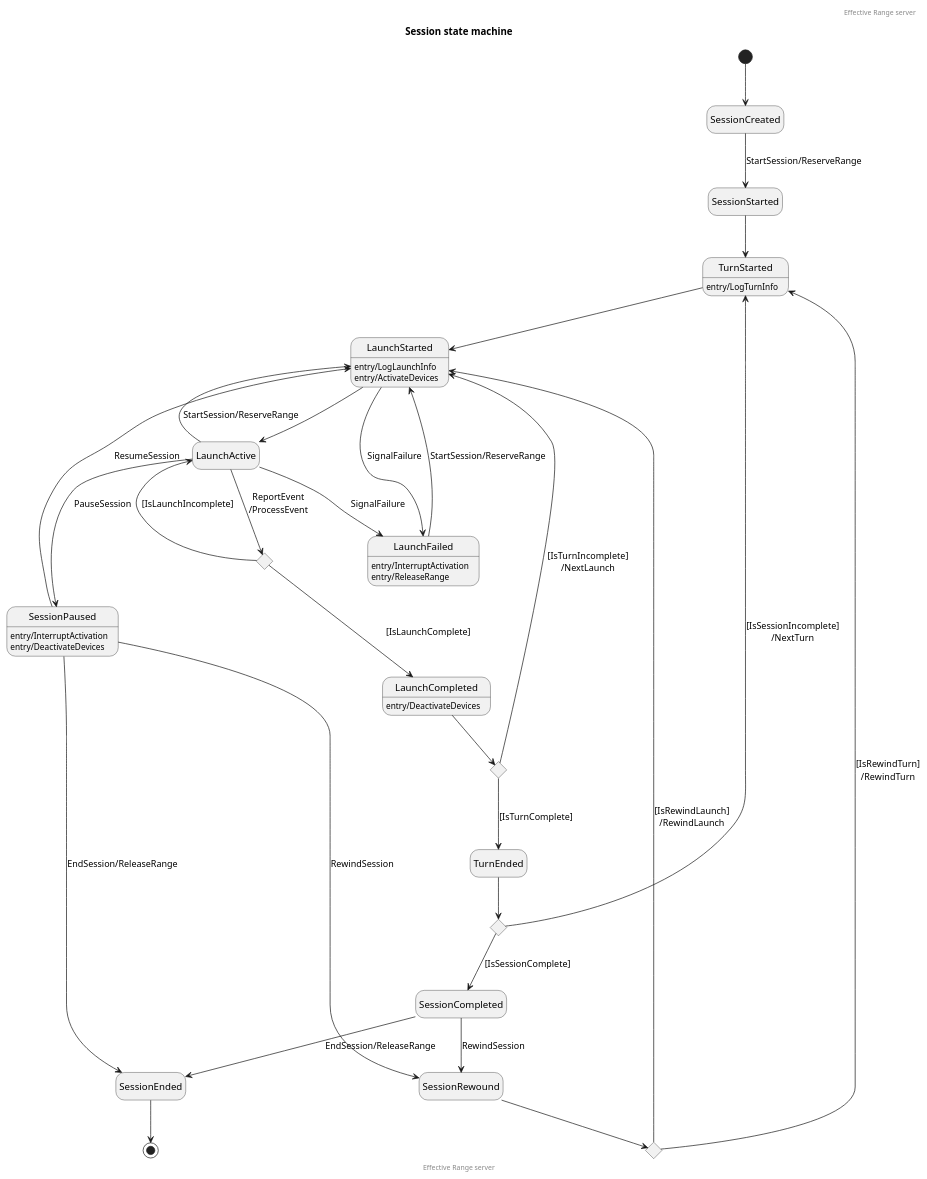
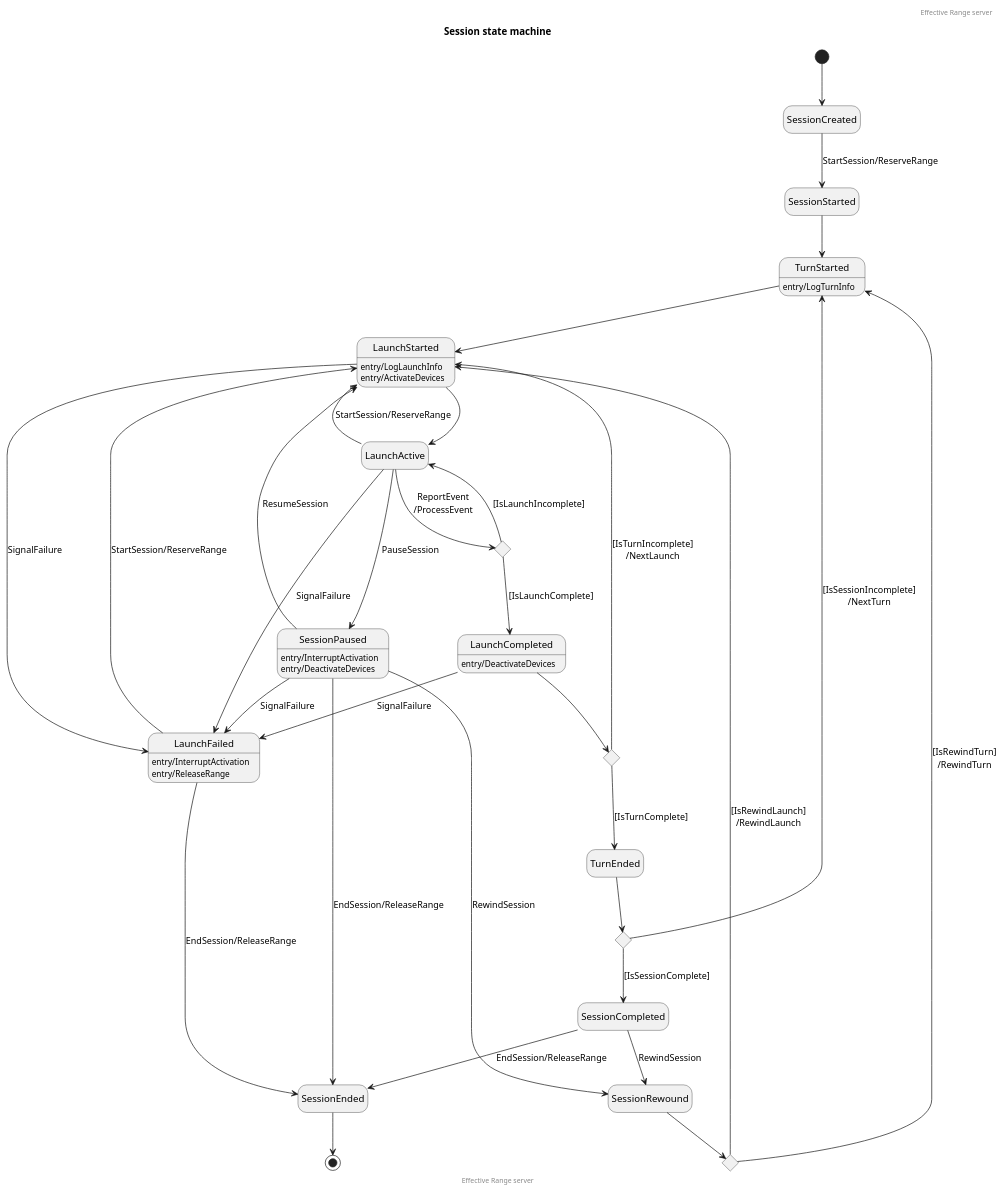
The diagram in state/server-session.puml (EffectiveRange/effective-range-api), drawn with PlantUML before and after one commit.

Commit message:
Update server session diagram

```diff
--- a/state/server-session.puml
+++ b/state/server-session.puml
@@ -1,67 +1,70 @@
 @startuml
 hide empty description
 
 header Effective Range server
 title Session state machine
 
 [*] --> SessionCreated
 SessionCreated --> SessionStarted : StartSession/ReserveRange
 SessionStarted --> TurnStarted
 TurnStarted : entry/LogTurnInfo
 TurnStarted --> LaunchStarted
 
 LaunchStarted : entry/LogLaunchInfo
 LaunchStarted : entry/ActivateDevices
 LaunchStarted --> LaunchActive
 
 state LaunchActiveChoice <<choice>>
 
 ' Successful launch
 LaunchActive --> LaunchActiveChoice : ReportEvent\n/ProcessEvent
 LaunchActiveChoice --> LaunchActive : [IsLaunchIncomplete]
 LaunchActiveChoice --> LaunchCompleted : [IsLaunchComplete]
 LaunchCompleted : entry/DeactivateDevices
 
 state LaunchCompleteChoice <<choice>>
 
 LaunchCompleted --> LaunchCompleteChoice
 LaunchCompleteChoice --> LaunchStarted : [IsTurnIncomplete]\n/NextLaunch
 LaunchCompleteChoice --> TurnEnded : [IsTurnComplete]
 
 ' Failed launch
 LaunchStarted --> LaunchFailed : SignalFailure
 LaunchActive --> LaunchFailed : SignalFailure
+SessionPaused --> LaunchFailed : SignalFailure
+LaunchCompleted --> LaunchFailed : SignalFailure
 LaunchFailed : entry/InterruptActivation
 LaunchFailed : entry/ReleaseRange
 LaunchFailed --> LaunchStarted : StartSession/ReserveRange
+LaunchFailed --> SessionEnded : EndSession/ReleaseRange
 
 ' Paused session
 LaunchActive --> SessionPaused : PauseSession
 SessionPaused : entry/InterruptActivation
 SessionPaused : entry/DeactivateDevices
 SessionPaused --> LaunchStarted : ResumeSession
 SessionPaused --> SessionEnded : EndSession/ReleaseRange
 
 ' Continue session after server restart
 LaunchActive --> LaunchStarted : StartSession/ReserveRange
 
 ' Rewound session
 state SessionRewoundChoice <<choice>>
 
 SessionPaused --> SessionRewound : RewindSession
 SessionRewound --> SessionRewoundChoice
 SessionRewoundChoice --> LaunchStarted : [IsRewindLaunch]\n/RewindLaunch
 SessionRewoundChoice --> TurnStarted : [IsRewindTurn]\n/RewindTurn
 
 state TurnEndedChoice <<choice>>
 
 TurnEnded --> TurnEndedChoice
 TurnEndedChoice --> TurnStarted : [IsSessionIncomplete]\n/NextTurn
 TurnEndedChoice --> SessionCompleted : [IsSessionComplete]
 SessionCompleted --> SessionRewound : RewindSession
 SessionCompleted --> SessionEnded : EndSession/ReleaseRange
 SessionEnded --> [*]
 
 footer Effective Range server
 
 @enduml
```
